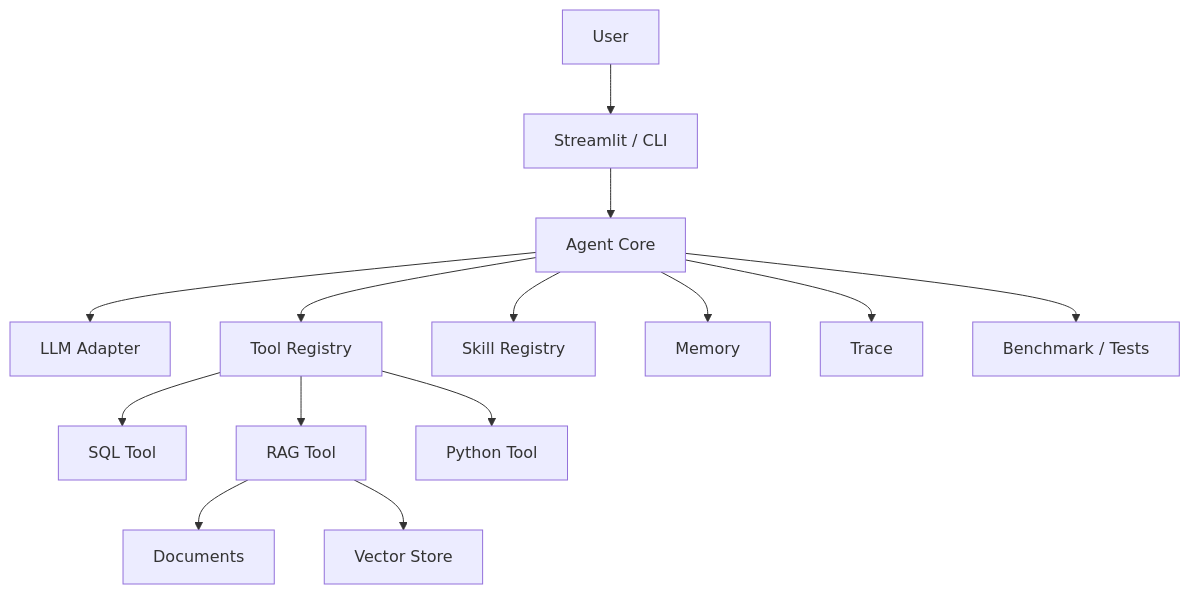
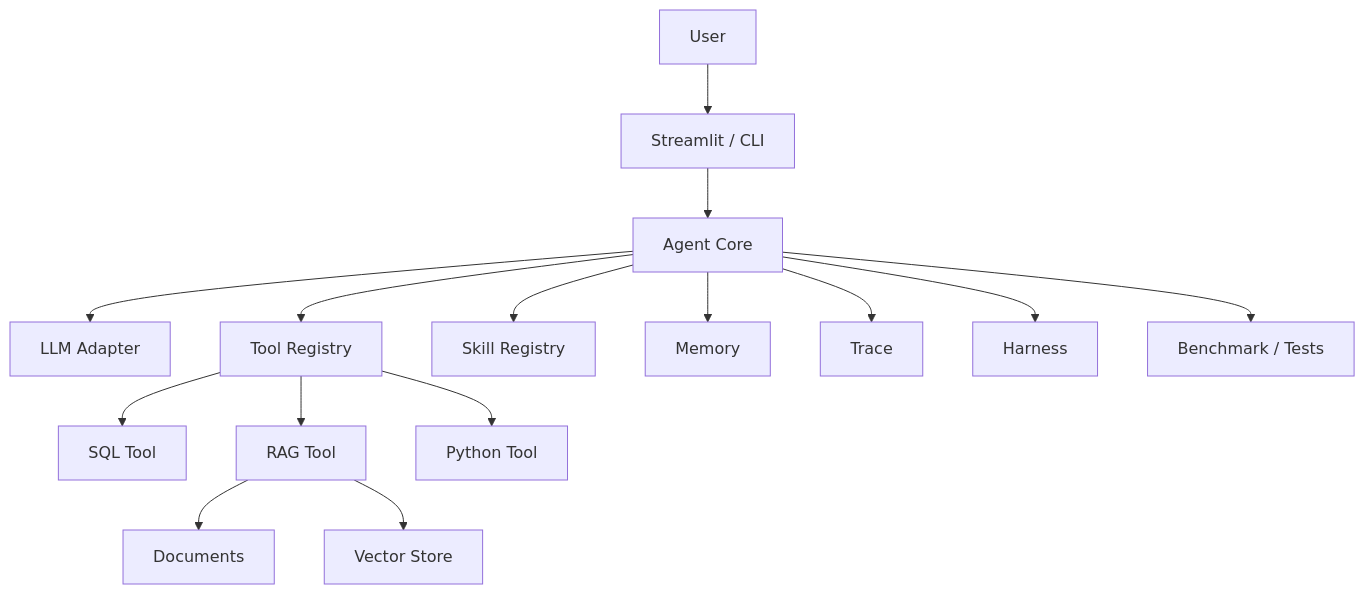
One commit to hxhfuudd-ship-it/knowledge-agent changed the diagram in my_own_learning/learning_path.md. Above: the diagram before and after it, drawn with Mermaid. The commit also changed other lines of this file and 18 other files, not shown here.

Commit message:
Add standardized agent harness

````diff
--- a/my_own_learning/learning_path.md
+++ b/my_own_learning/learning_path.md
@@ -240,16 +246,17 @@
 ```mermaid
 flowchart TD
     User[User] --> UI[Streamlit / CLI]
     UI --> Agent[Agent Core]
     Agent --> LLM[LLM Adapter]
     Agent --> Tools[Tool Registry]
     Tools --> SQL[SQL Tool]
     Tools --> RAG[RAG Tool]
     Tools --> Python[Python Tool]
     Agent --> Skills[Skill Registry]
     Agent --> Memory[Memory]
     Agent --> Trace[Trace]
     RAG --> Docs[Documents]
     RAG --> Vector[Vector Store]
+    Agent --> Harness[Harness]
     Agent --> Eval[Benchmark / Tests]
 ```
````
